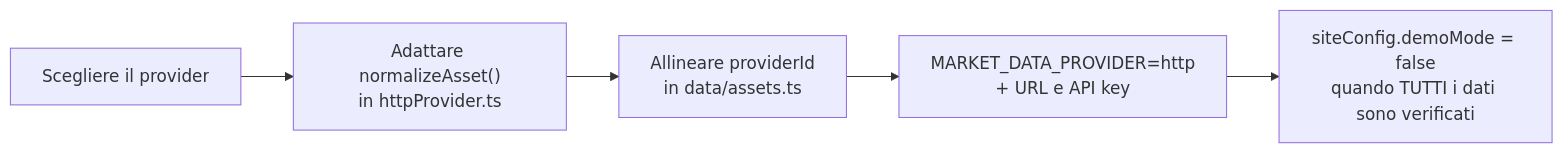
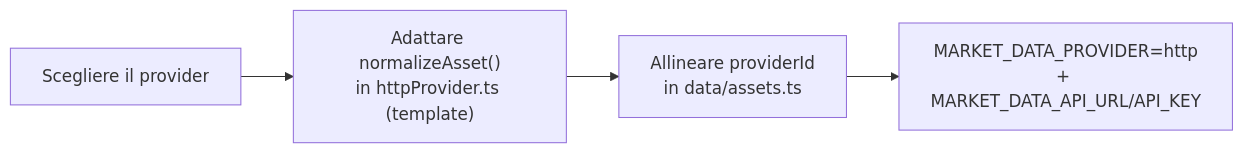
The fourth of 4 diagrams in README.md (davide963-ux/cr), drawn with Mermaid before and after one commit. The commit also changed other lines of this file and 10 other files, not shown here.

````diff
--- a/README.md
+++ b/README.md
@@ -71,7 +124,6 @@
 ```mermaid
 flowchart LR
-    A["Scegliere il provider"] --> B["Adattare normalizeAsset()<br/>in httpProvider.ts"]
+    A["Scegliere il provider"] --> B["Adattare normalizeAsset()<br/>in httpProvider.ts (template)"]
     B --> C["Allineare providerId<br/>in data/assets.ts"]
-    C --> D["MARKET_DATA_PROVIDER=http<br/>+ URL e API key"]
-    D --> E["siteConfig.demoMode = false<br/>quando TUTTI i dati sono verificati"]
+    C --> D["MARKET_DATA_PROVIDER=http<br/>+ MARKET_DATA_API_URL/API_KEY"]
 ```
````
